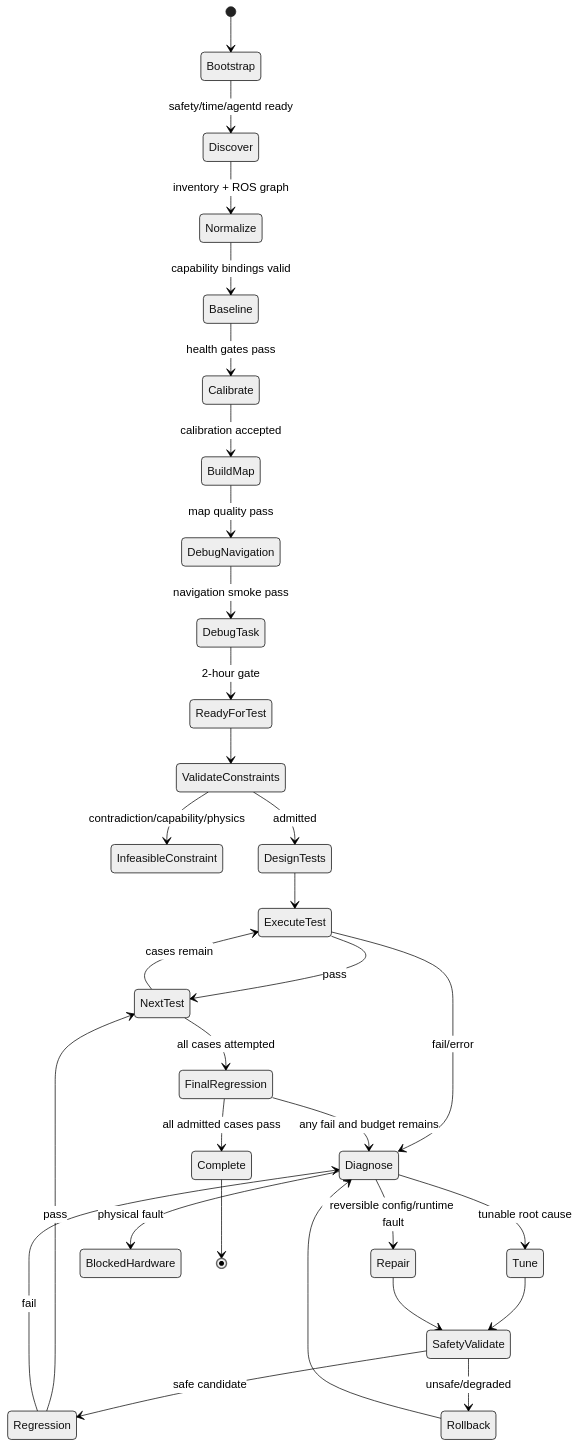
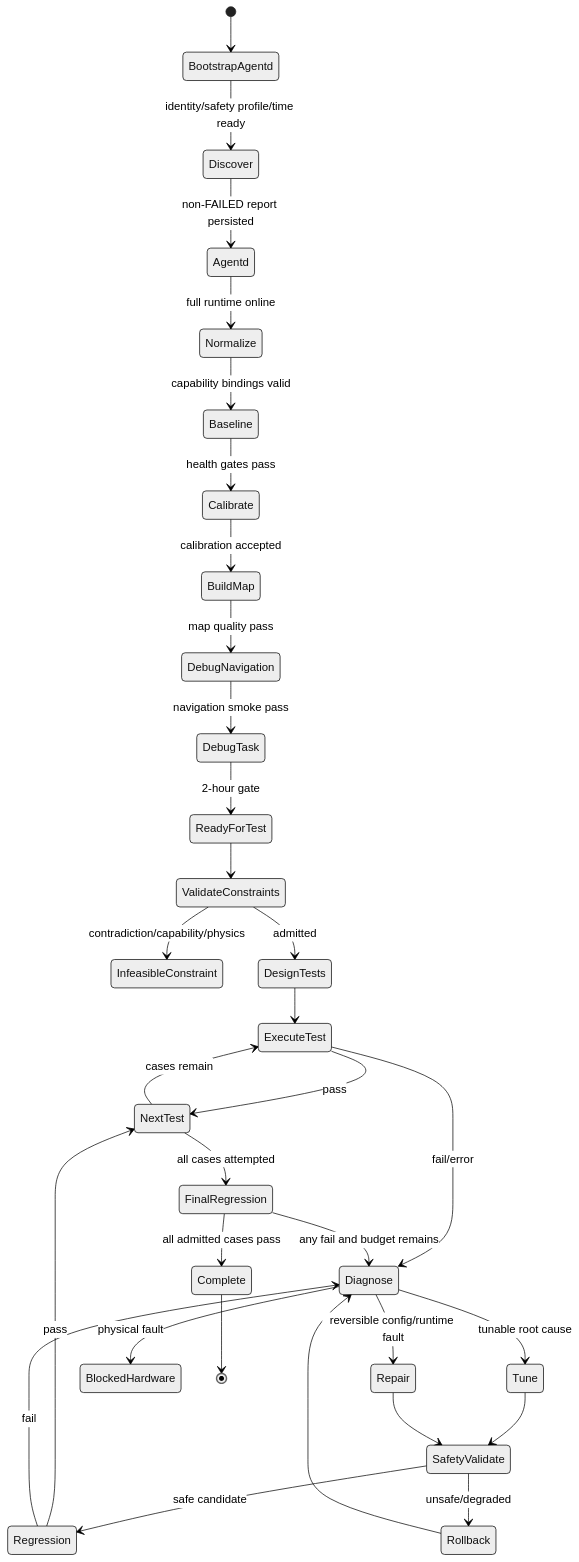
The diagram in robot_debugging_agent_6h_demo_spec.md (zarcherlot/rolo), drawn with Mermaid (neutral theme) before and after one commit. The commit also changed other lines of this file and 26 other files, not shown here.

Commit message:
Publish rolo product, brand, and startup flow

````diff
--- a/robot_debugging_agent_6h_demo_spec.md
+++ b/robot_debugging_agent_6h_demo_spec.md
@@ -684,33 +684,34 @@
 ```mermaid
 stateDiagram-v2
-    [*] --> Bootstrap
-    Bootstrap --> Discover: safety/time/agentd ready
-    Discover --> Normalize: inventory + ROS graph
+    [*] --> BootstrapAgentd
+    BootstrapAgentd --> Discover: identity/safety profile/time ready
+    Discover --> Agentd: non-FAILED report persisted
+    Agentd --> Normalize: full runtime online
     Normalize --> Baseline: capability bindings valid
     Baseline --> Calibrate: health gates pass
     Calibrate --> BuildMap: calibration accepted
     BuildMap --> DebugNavigation: map quality pass
     DebugNavigation --> DebugTask: navigation smoke pass
     DebugTask --> ReadyForTest: 2-hour gate
     ReadyForTest --> ValidateConstraints
     ValidateConstraints --> InfeasibleConstraint: contradiction/capability/physics
     ValidateConstraints --> DesignTests: admitted
     DesignTests --> ExecuteTest
     ExecuteTest --> NextTest: pass
     ExecuteTest --> Diagnose: fail/error
     Diagnose --> Tune: tunable root cause
     Diagnose --> Repair: reversible config/runtime fault
     Diagnose --> BlockedHardware: physical fault
     Tune --> SafetyValidate
     Repair --> SafetyValidate
     SafetyValidate --> Regression: safe candidate
     SafetyValidate --> Rollback: unsafe/degraded
     Regression --> NextTest: pass
     Regression --> Diagnose: fail
     Rollback --> Diagnose
     NextTest --> ExecuteTest: cases remain
     NextTest --> FinalRegression: all cases attempted
     FinalRegression --> Complete: all admitted cases pass
     FinalRegression --> Diagnose: any fail and budget remains
     Complete --> [*]
 ```
````
